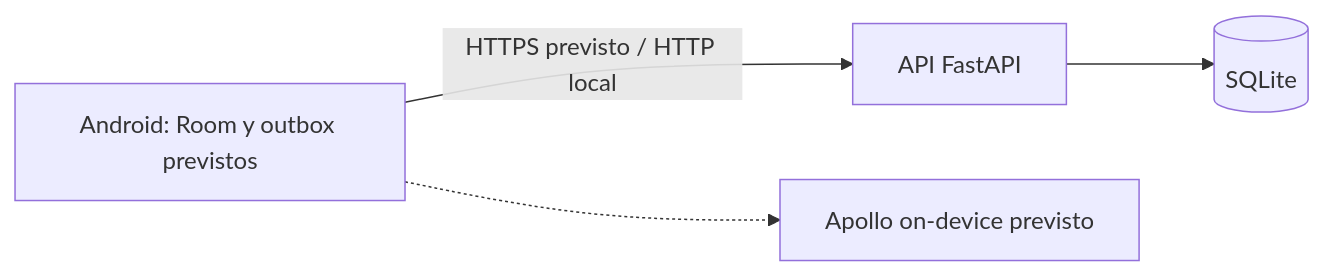
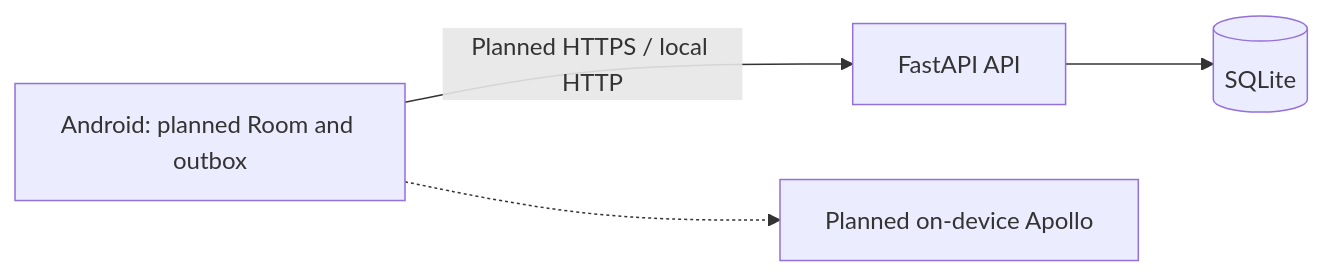
One commit to eir-nasa/Backend changed the first of 3 diagrams in docs/technical/02-architecture.md. Above: the diagram before and after it, drawn with Mermaid. The commit also changed other lines of this file and 10 other files, not shown here.

````diff
--- a/docs/technical/02-architecture.md
+++ b/docs/technical/02-architecture.md
@@ -7,6 +7,6 @@
 ```mermaid
 flowchart LR
-  A[Android: Room y outbox previstos] -->|HTTPS previsto / HTTP local| B[API FastAPI]
-  A -.-> C[Apollo on-device previsto]
+  A[Android: planned Room and outbox] -->|Planned HTTPS / local HTTP| B[FastAPI API]
+  A -.-> C[Planned on-device Apollo]
   B --> D[(SQLite)]
 ```
````
